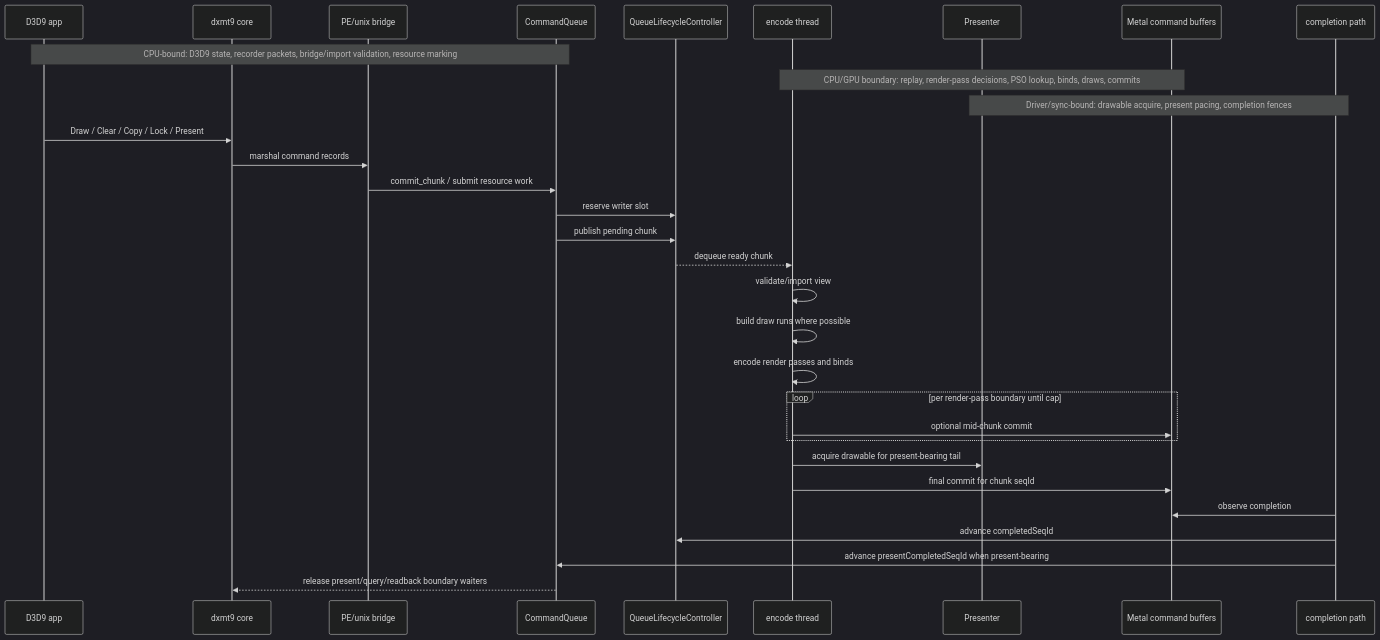
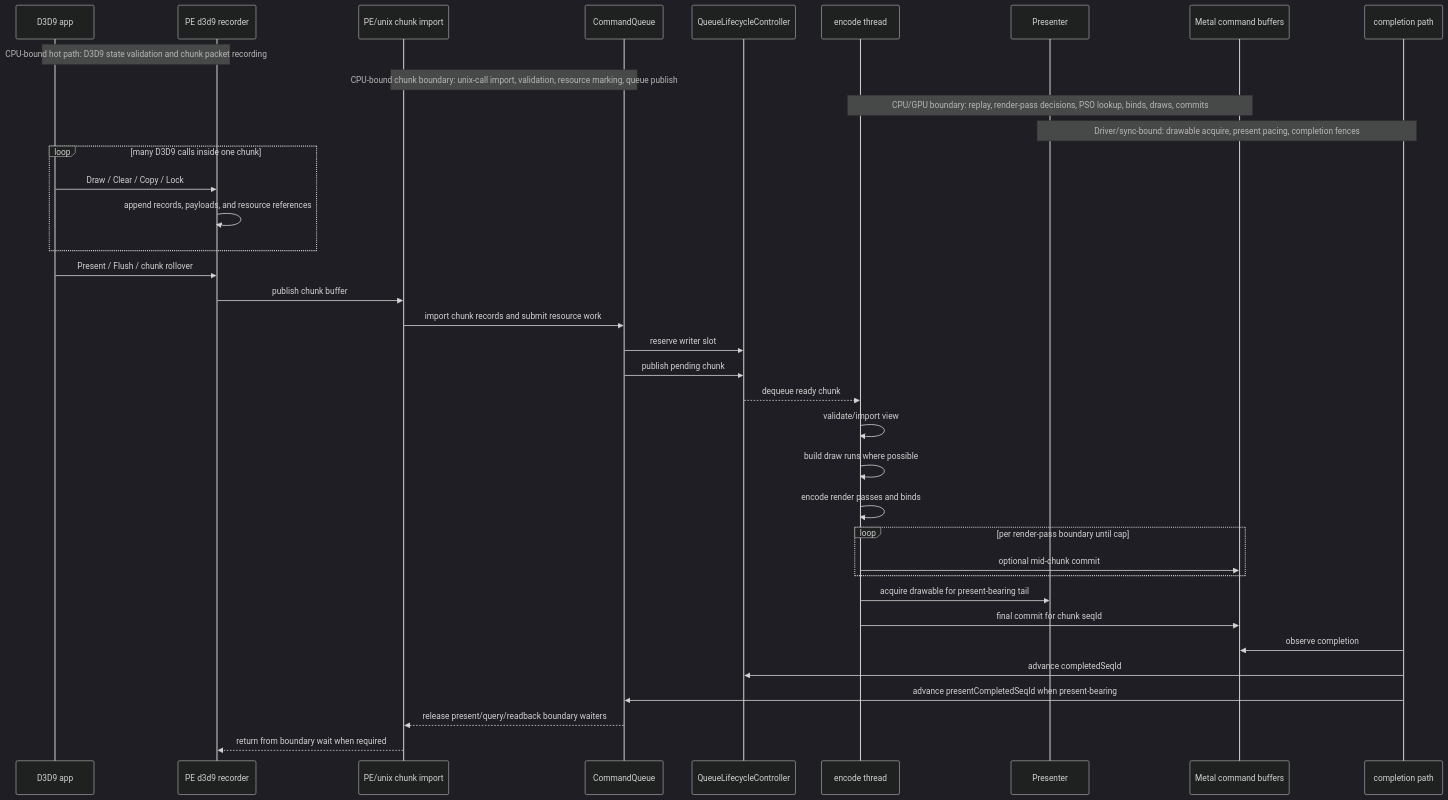
Before and after one commit to dfdgsdfg/dxmt9: the second of 11 diagrams in docs/perfomance-bottleneck.md, drawn with Mermaid (dark theme). The commit also changed other lines of this file, not shown here.

Commit message:
docs: align dxmt9 performance model with chunk lifecycle

````diff
--- a/docs/perfomance-bottleneck.md
+++ b/docs/perfomance-bottleneck.md
@@ -87,37 +96,44 @@
 ```mermaid
 sequenceDiagram
   participant App as D3D9 app
-  participant Core as dxmt9 core
-  participant Bridge as PE/unix bridge
+  participant PE as PE d3d9 recorder
+  participant Bridge as PE/unix chunk import
   participant CQ as CommandQueue
   participant QLC as QueueLifecycleController
   participant Encode as encode thread
   participant Presenter as Presenter
   participant Metal as Metal command buffers
   participant Complete as completion path
 
-  Note over App,CQ: CPU-bound: D3D9 state, recorder packets, bridge/import validation, resource marking
+  Note over App,PE: CPU-bound hot path: D3D9 state validation and chunk packet recording
+  Note over Bridge,CQ: CPU-bound chunk boundary: unix-call import, validation, resource marking, queue publish
   Note over Encode,Metal: CPU/GPU boundary: replay, render-pass decisions, PSO lookup, binds, draws, commits
   Note over Presenter,Complete: Driver/sync-bound: drawable acquire, present pacing, completion fences
 
-  App->>Core: Draw / Clear / Copy / Lock / Present
-  Core->>Bridge: marshal command records
-  Bridge->>CQ: commit_chunk / submit resource work
+  loop many D3D9 calls inside one chunk
+    App->>PE: Draw / Clear / Copy / Lock
+    PE->>PE: append records, payloads, and resource references
+  end
+
+  App->>PE: Present / Flush / chunk rollover
+  PE->>Bridge: publish chunk buffer
+  Bridge->>CQ: import chunk records and submit resource work
   CQ->>QLC: reserve writer slot
   CQ->>QLC: publish pending chunk
   QLC-->>Encode: dequeue ready chunk
   Encode->>Encode: validate/import view
   Encode->>Encode: build draw runs where possible
   Encode->>Encode: encode render passes and binds
 
   loop per render-pass boundary until cap
     Encode->>Metal: optional mid-chunk commit
   end
 
   Encode->>Presenter: acquire drawable for present-bearing tail
   Encode->>Metal: final commit for chunk seqId
   Complete->>Metal: observe completion
   Complete->>QLC: advance completedSeqId
   Complete->>CQ: advance presentCompletedSeqId when present-bearing
-  CQ-->>Core: release present/query/readback boundary waiters
+  CQ-->>Bridge: release present/query/readback boundary waiters
+  Bridge-->>PE: return from boundary wait when required
 ```
````
